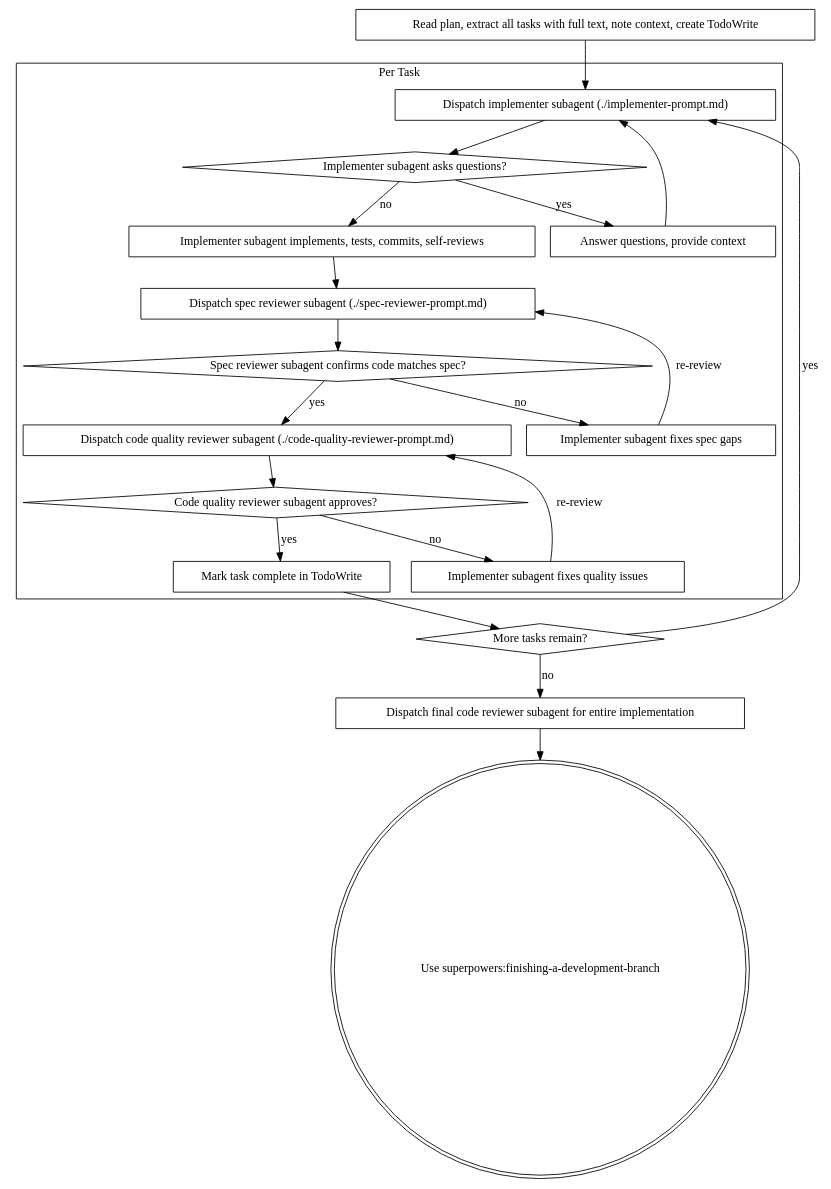
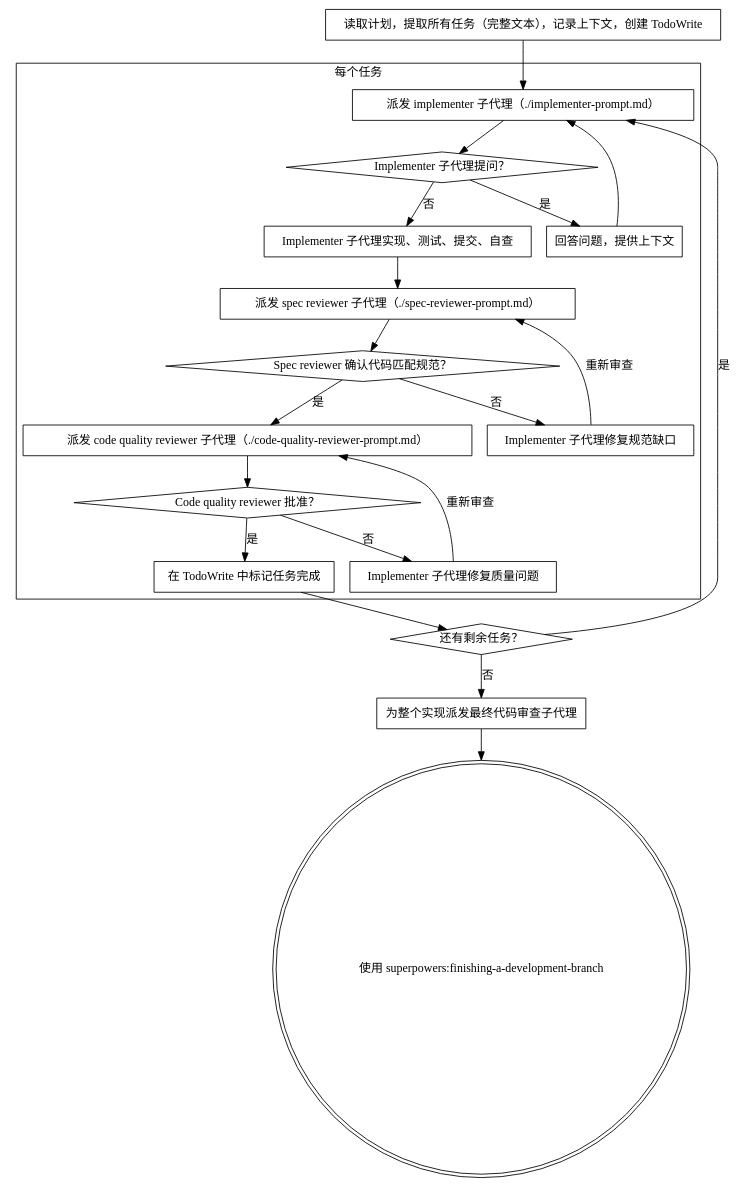
One commit to EverythingStudy/rag-service changed the second of 2 diagrams in .claude/skills/subagent-driven-development/skill.md. Above: the diagram before and after it, drawn with Graphviz. The commit also changed other lines of this file and 5 other files, not shown here.

````diff
--- a/.claude/skills/subagent-driven-development/skill.md
+++ b/.claude/skills/subagent-driven-development/skill.md
@@ -44,44 +44,44 @@
 ```dot
 digraph process {
     rankdir=TB;
 
     subgraph cluster_per_task {
-        label="Per Task";
-        "Dispatch implementer subagent (./implementer-prompt.md)" [shape=box];
-        "Implementer subagent asks questions?" [shape=diamond];
-        "Answer questions, provide context" [shape=box];
-        "Implementer subagent implements, tests, commits, self-reviews" [shape=box];
-        "Dispatch spec reviewer subagent (./spec-reviewer-prompt.md)" [shape=box];
-        "Spec reviewer subagent confirms code matches spec?" [shape=diamond];
-        "Implementer subagent fixes spec gaps" [shape=box];
-        "Dispatch code quality reviewer subagent (./code-quality-reviewer-prompt.md)" [shape=box];
-        "Code quality reviewer subagent approves?" [shape=diamond];
-        "Implementer subagent fixes quality issues" [shape=box];
-        "Mark task complete in TodoWrite" [shape=box];
+        label="每个任务";
+        "派发 implementer 子代理（./implementer-prompt.md）" [shape=box];
+        "Implementer 子代理提问？" [shape=diamond];
+        "回答问题，提供上下文" [shape=box];
+        "Implementer 子代理实现、测试、提交、自查" [shape=box];
+        "派发 spec reviewer 子代理（./spec-reviewer-prompt.md）" [shape=box];
+        "Spec reviewer 确认代码匹配规范？" [shape=diamond];
+        "Implementer 子代理修复规范缺口" [shape=box];
+        "派发 code quality reviewer 子代理（./code-quality-reviewer-prompt.md）" [shape=box];
+        "Code quality reviewer 批准？" [shape=diamond];
+        "Implementer 子代理修复质量问题" [shape=box];
+        "在 TodoWrite 中标记任务完成" [shape=box];
     }
 
-    "Read plan, extract all tasks with full text, note context, create TodoWrite" [shape=box];
-    "More tasks remain?" [shape=diamond];
-    "Dispatch final code reviewer subagent for entire implementation" [shape=box];
-    "Use superpowers:finishing-a-development-branch" [shape=doublecircle];
+    "读取计划，提取所有任务（完整文本），记录上下文，创建 TodoWrite" [shape=box];
+    "还有剩余任务？" [shape=diamond];
+    "为整个实现派发最终代码审查子代理" [shape=box];
+    "使用 superpowers:finishing-a-development-branch" [shape=doublecircle];
 
-    "Read plan, extract all tasks with full text, note context, create TodoWrite" -> "Dispatch implementer subagent (./implementer-prompt.md)";
-    "Dispatch implementer subagent (./implementer-prompt.md)" -> "Implementer subagent asks questions?";
-    "Implementer subagent asks questions?" -> "Answer questions, provide context" [label="yes"];
-    "Answer questions, provide context" -> "Dispatch implementer subagent (./implementer-prompt.md)";
-    "Implementer subagent asks questions?" -> "Implementer subagent implements, tests, commits, self-reviews" [label="no"];
-    "Implementer subagent implements, tests, commits, self-reviews" -> "Dispatch spec reviewer subagent (./spec-reviewer-prompt.md)";
-    "Dispatch spec reviewer subagent (./spec-reviewer-prompt.md)" -> "Spec reviewer subagent confirms code matches spec?";
-    "Spec reviewer subagent confirms code matches spec?" -> "Implementer subagent fixes spec gaps" [label="no"];
-    "Implementer subagent fixes spec gaps" -> "Dispatch spec reviewer subagent (./spec-reviewer-prompt.md)" [label="re-review"];
-    "Spec reviewer subagent confirms code matches spec?" -> "Dispatch code quality reviewer subagent (./code-quality-reviewer-prompt.md)" [label="yes"];
-    "Dispatch code quality reviewer subagent (./code-quality-reviewer-prompt.md)" -> "Code quality reviewer subagent approves?";
-    "Code quality reviewer subagent approves?" -> "Implementer subagent fixes quality issues" [label="no"];
-    "Implementer subagent fixes quality issues" -> "Dispatch code quality reviewer subagent (./code-quality-reviewer-prompt.md)" [label="re-review"];
-    "Code quality reviewer subagent approves?" -> "Mark task complete in TodoWrite" [label="yes"];
-    "Mark task complete in TodoWrite" -> "More tasks remain?";
-    "More tasks remain?" -> "Dispatch implementer subagent (./implementer-prompt.md)" [label="yes"];
-    "More tasks remain?" -> "Dispatch final code reviewer subagent for entire implementation" [label="no"];
-    "Dispatch final code reviewer subagent for entire implementation" -> "Use superpowers:finishing-a-development-branch";
+    "读取计划，提取所有任务（完整文本），记录上下文，创建 TodoWrite" -> "派发 implementer 子代理（./implementer-prompt.md）";
+    "派发 implementer 子代理（./implementer-prompt.md）" -> "Implementer 子代理提问？";
+    "Implementer 子代理提问？" -> "回答问题，提供上下文" [label="是"];
+    "回答问题，提供上下文" -> "派发 implementer 子代理（./implementer-prompt.md）";
+    "Implementer 子代理提问？" -> "Implementer 子代理实现、测试、提交、自查" [label="否"];
+    "Implementer 子代理实现、测试、提交、自查" -> "派发 spec reviewer 子代理（./spec-reviewer-prompt.md）";
+    "派发 spec reviewer 子代理（./spec-reviewer-prompt.md）" -> "Spec reviewer 确认代码匹配规范？";
+    "Spec reviewer 确认代码匹配规范？" -> "Implementer 子代理修复规范缺口" [label="否"];
+    "Implementer 子代理修复规范缺口" -> "派发 spec reviewer 子代理（./spec-reviewer-prompt.md）" [label="重新审查"];
+    "Spec reviewer 确认代码匹配规范？" -> "派发 code quality reviewer 子代理（./code-quality-reviewer-prompt.md）" [label="是"];
+    "派发 code quality reviewer 子代理（./code-quality-reviewer-prompt.md）" -> "Code quality reviewer 批准？";
+    "Code quality reviewer 批准？" -> "Implementer 子代理修复质量问题" [label="否"];
+    "Implementer 子代理修复质量问题" -> "派发 code quality reviewer 子代理（./code-quality-reviewer-prompt.md）" [label="重新审查"];
+    "Code quality reviewer 批准？" -> "在 TodoWrite 中标记任务完成" [label="是"];
+    "在 TodoWrite 中标记任务完成" -> "还有剩余任务？";
+    "还有剩余任务？" -> "派发 implementer 子代理（./implementer-prompt.md）" [label="是"];
+    "还有剩余任务？" -> "为整个实现派发最终代码审查子代理" [label="否"];
+    "为整个实现派发最终代码审查子代理" -> "使用 superpowers:finishing-a-development-branch";
 }
 ```
````
